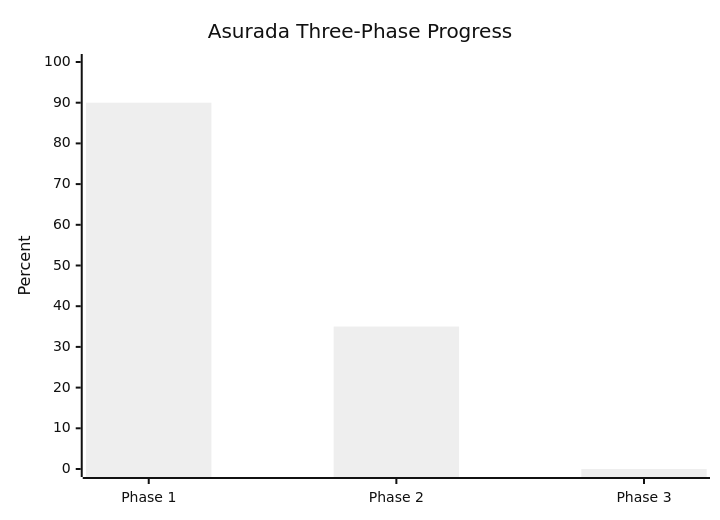
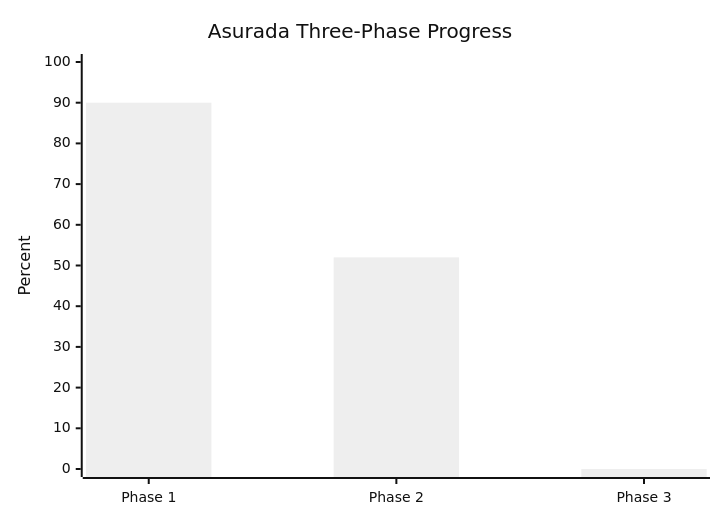
Before and after one commit to Sn55555/Asurada: the first of 2 diagrams in PROJECT_PROGRESS.md, drawn with Mermaid (neutral theme). The commit also changed other lines of this file and 18 other files, not shown here.

````diff
--- a/PROJECT_PROGRESS.md
+++ b/PROJECT_PROGRESS.md
@@ -12,7 +12,7 @@
 ```mermaid
 xychart-beta
     title "Asurada Three-Phase Progress"
     x-axis ["Phase 1", "Phase 2", "Phase 3"]
     y-axis "Percent" 0 --> 100
-    bar [90, 35, 0]
+    bar [90, 52, 0]
 ```
````
